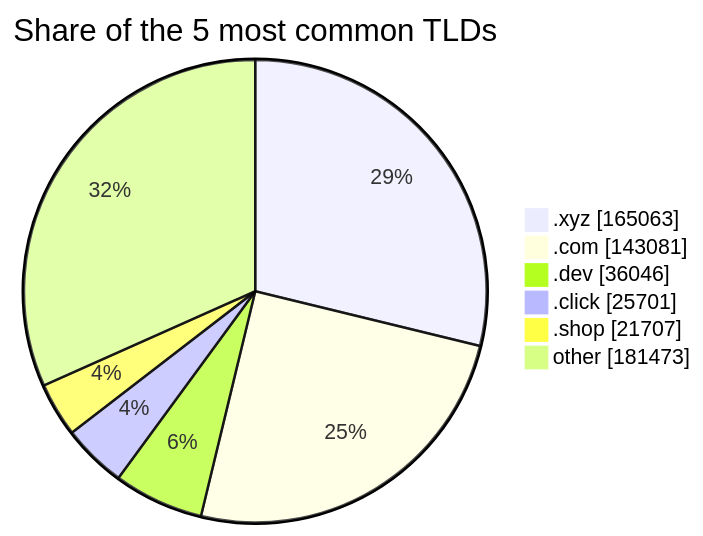
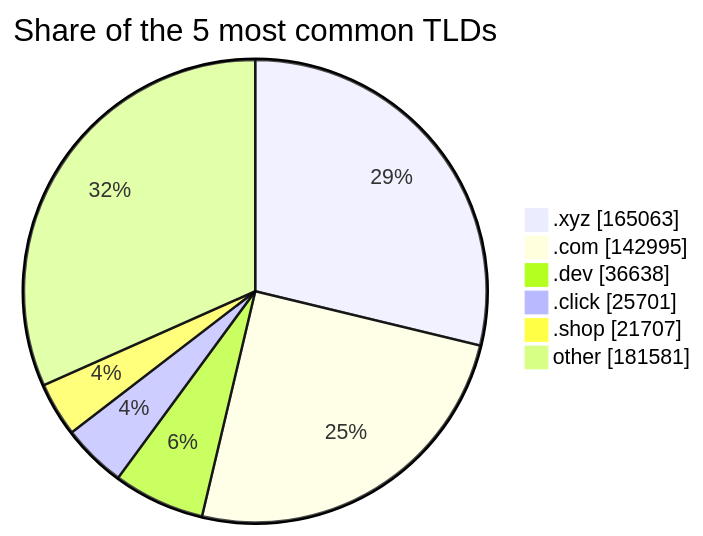
The third of 3 diagrams in README.md (DNSBunker/CTI), drawn with Mermaid before and after one commit. The commit also changed other lines of this file and 3 other files, not shown here.

````diff
--- a/README.md
+++ b/README.md
@@ -81,9 +81,9 @@
 ```mermaid
 pie showData title Share of the 5 most common TLDs
     ".xyz" : 165063
-    ".com" : 143081
-    ".dev" : 36046
+    ".com" : 142995
+    ".dev" : 36638
     ".click" : 25701
     ".shop" : 21707
-    "other" : 181473
+    "other" : 181581
 ```
````
